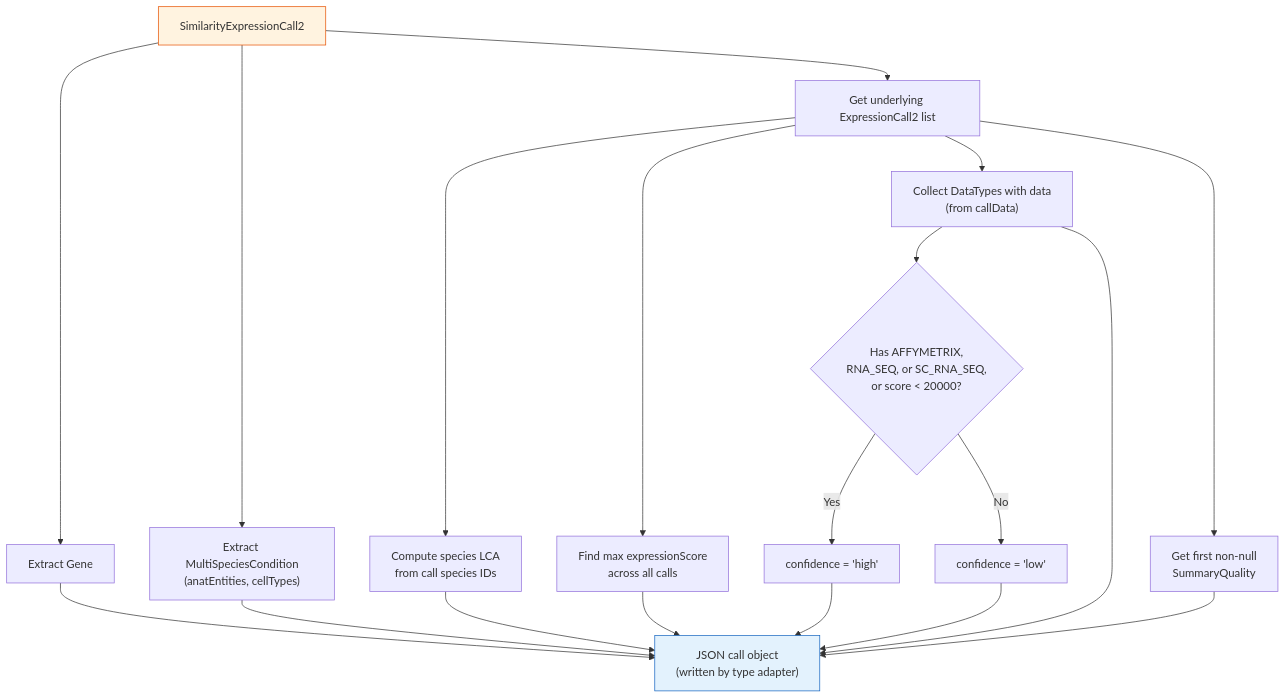
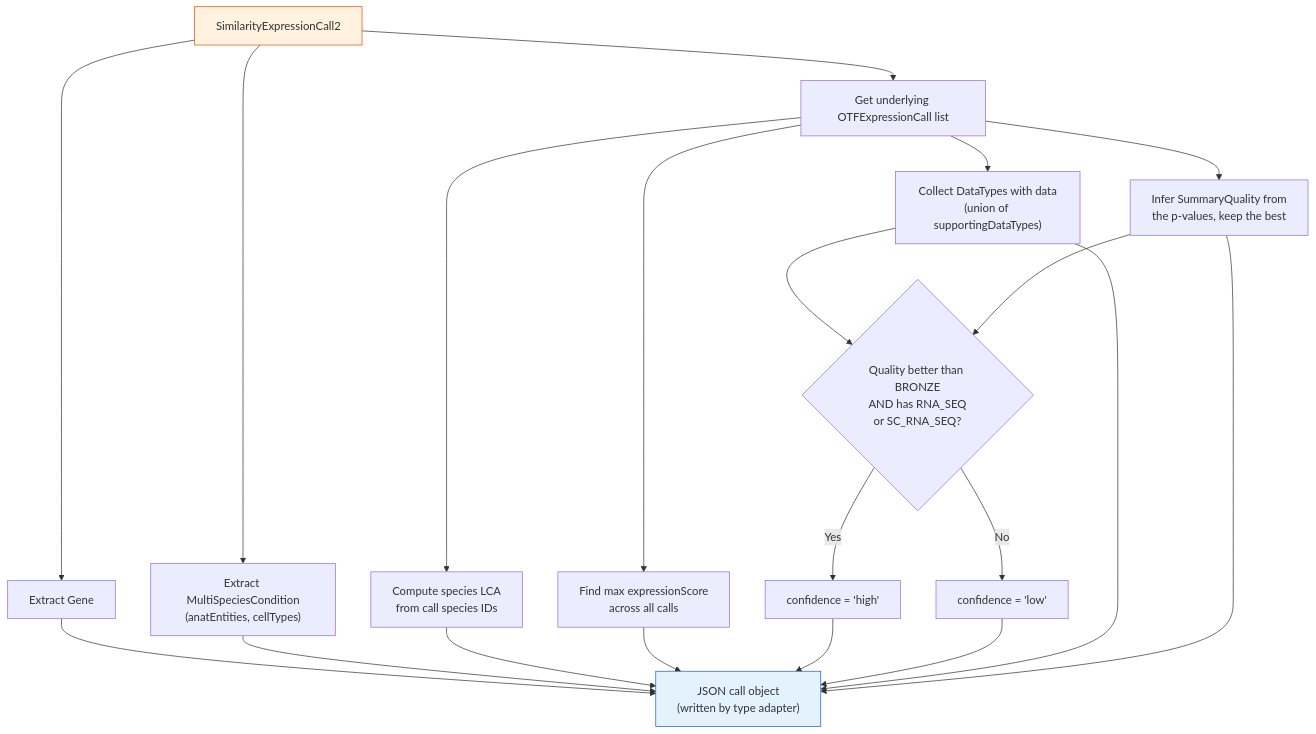
One commit to BgeeDB/bgee_apps changed the fourth of 4 diagrams in bgee-webapp/docs/multispec_expr_calls_endpoint.qmd. Above: the diagram before and after it, drawn with Mermaid. The commit also changed other lines of this file and 1 other file, not shown here.

Commit message:
update the multispec endpoint doc for the removed data types and the new score confidence rule, and re-render it with quarto 1.8.27

````diff
--- a/bgee-webapp/docs/multispec_expr_calls_endpoint.qmd
+++ b/bgee-webapp/docs/multispec_expr_calls_endpoint.qmd
@@ -335,28 +334,29 @@
 ```{mermaid}
 %%| fig-width: 8
 flowchart TD
     SC["SimilarityExpressionCall2"] --> GENE["Extract Gene"]
     SC --> MSC["Extract MultiSpeciesCondition<br/>(anatEntities, cellTypes)"]
-    SC --> CALLS["Get underlying ExpressionCall2 list"]
+    SC --> CALLS["Get underlying OTFExpressionCall list"]
 
     CALLS --> LCA["Compute species LCA<br/>from call species IDs"]
     CALLS --> SCORE["Find max expressionScore<br/>across all calls"]
-    CALLS --> DT["Collect DataTypes with data<br/>(from callData)"]
-    CALLS --> QUAL["Get first non-null<br/>SummaryQuality"]
+    CALLS --> DT["Collect DataTypes with data<br/>(union of supportingDataTypes)"]
+    CALLS --> QUAL["Infer SummaryQuality from<br/>the p-values, keep the best"]
 
-    DT --> CONF{"Has AFFYMETRIX,<br/>RNA_SEQ, or SC_RNA_SEQ,<br/>or score < 20000?"}
+    DT --> CONF{"Quality better than BRONZE<br/>AND has RNA_SEQ<br/>or SC_RNA_SEQ?"}
+    QUAL --> CONF
     CONF -->|Yes| HIGH["confidence = 'high'"]
     CONF -->|No| LOW["confidence = 'low'"]
 
     GENE --> ITEM
     MSC --> ITEM
     LCA --> ITEM
     SCORE --> ITEM
     HIGH --> ITEM
     LOW --> ITEM
     DT --> ITEM
     QUAL --> ITEM["JSON call object<br/>(written by type adapter)"]
 
     style SC fill:#fff3e0,stroke:#e65100
     style ITEM fill:#e3f2fd,stroke:#1565c0
 ```
````
